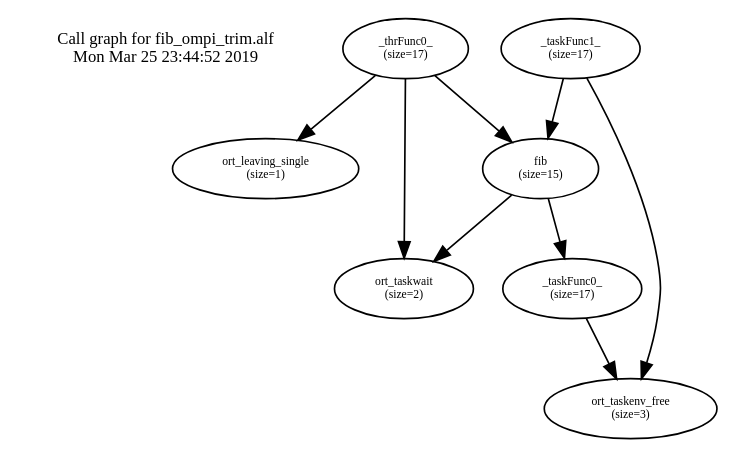
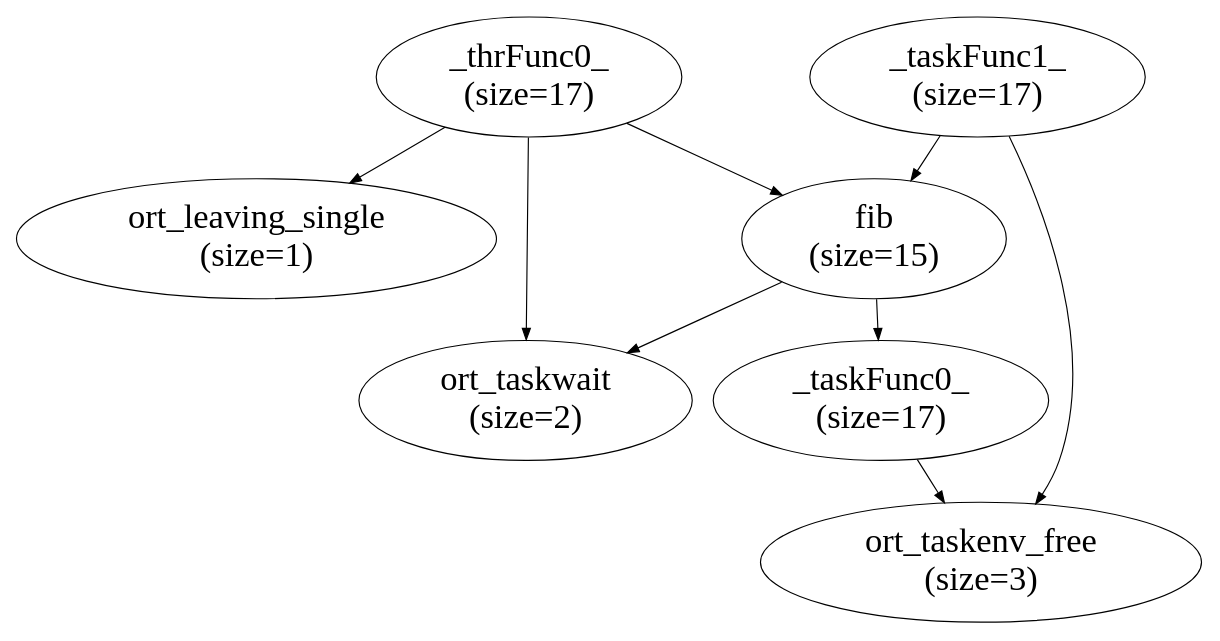
Before and after one commit to Kingtous/Bots_Task_Result: the diagram in fib/callgraph/fib.dot, drawn with Graphviz. The commit also changed 510 other files, not shown here.

```diff
--- a/fib/callgraph/fib.dot
+++ b/fib/callgraph/fib.dot
@@ -1,25 +1,24 @@
 digraph "" {
   size="10,8";
   rankdir=TB;
   center=1;
   rotate=0;
    {
    node [shape=plaintext,fontsize=10];
-   "Call graph for fib_ompi_trim.alf\nMon Mar 25 23:44:52 2019"
    }
-   0 [label="_thrFunc0_\n(size=17)",fontsize=7]
-   1 [label="fib\n(size=15)",fontsize=7]
-   2 [label="_taskFunc0_\n(size=17)",fontsize=7]
-   3 [label="ort_taskenv_free\n(size=3)",fontsize=7]
-   4 [label="_taskFunc1_\n(size=17)",fontsize=7]
-   5 [label="ort_taskwait\n(size=2)",fontsize=7]
-   6 [label="ort_leaving_single\n(size=1)",fontsize=7]
+   0 [label="_thrFunc0_\n(size=17)",fontsize=30]
+   1 [label="fib\n(size=15)",fontsize=30]
+   2 [label="_taskFunc0_\n(size=17)",fontsize=30]
+   3 [label="ort_taskenv_free\n(size=3)",fontsize=30]
+   4 [label="_taskFunc1_\n(size=17)",fontsize=30]
+   5 [label="ort_taskwait\n(size=2)",fontsize=30]
+   6 [label="ort_leaving_single\n(size=1)",fontsize=30]
    0->1
    0->6
    0->5
    1->2
    1->5
    2->3
    4->1
    4->3
 }
```
